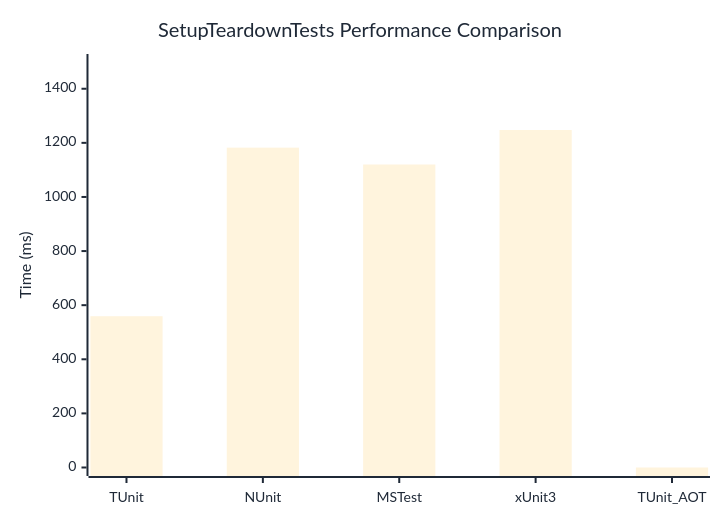
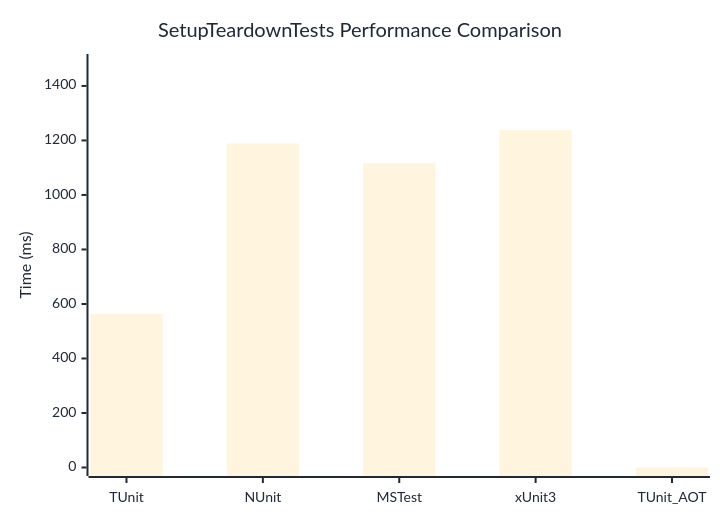
The diagram in docs/docs/benchmarks/SetupTeardownTests.md (thomhurst/TUnit), drawn with Mermaid before and after one commit. The commit also changed other lines of this file and 17 other files, not shown here.

````diff
--- a/docs/docs/benchmarks/SetupTeardownTests.md
+++ b/docs/docs/benchmarks/SetupTeardownTests.md
@@ -27,37 +27,37 @@
 ```mermaid
 %%{init: {
   'theme':'base',
   'themeVariables': {
     'primaryColor': '#2563eb',
     'primaryTextColor': '#1f2937',
     'primaryBorderColor': '#1e40af',
     'lineColor': '#6b7280',
     'secondaryColor': '#7c3aed',
     'tertiaryColor': '#dc2626',
     'background': '#ffffff',
     'mainBkg': '#2563eb',
     'secondBkg': '#7c3aed',
     'tertiaryBkg': '#dc2626',
     'clusterBkg': '#f3f4f6',
     'edgeLabelBackground': '#ffffff',
     'tertiaryTextColor': '#1f2937',
     'pie1': '#2563eb',
     'pie2': '#7c3aed',
     'pie3': '#dc2626',
     'pie4': '#f59e0b',
     'pie5': '#10b981',
     'pie6': '#06b6d4',
     'pie7': '#ec4899',
     'pie8': '#6366f1',
     'pie9': '#84cc16',
     'pie10': '#f97316',
     'pie11': '#14b8a6',
     'pie12': '#a855f7'
   }
 }}%%
 xychart-beta
   title "SetupTeardownTests Performance Comparison"
   x-axis ["TUnit", "NUnit", "MSTest", "xUnit3", "TUnit_AOT"]
-  y-axis "Time (ms)" 0 --> 1497
-  bar [559.2, 1182.3, 1120, 1247.4, 0]
+  y-axis "Time (ms)" 0 --> 1486
+  bar [563.9, 1188.6, 1116.7, 1237.9, 0]
 ```
````
